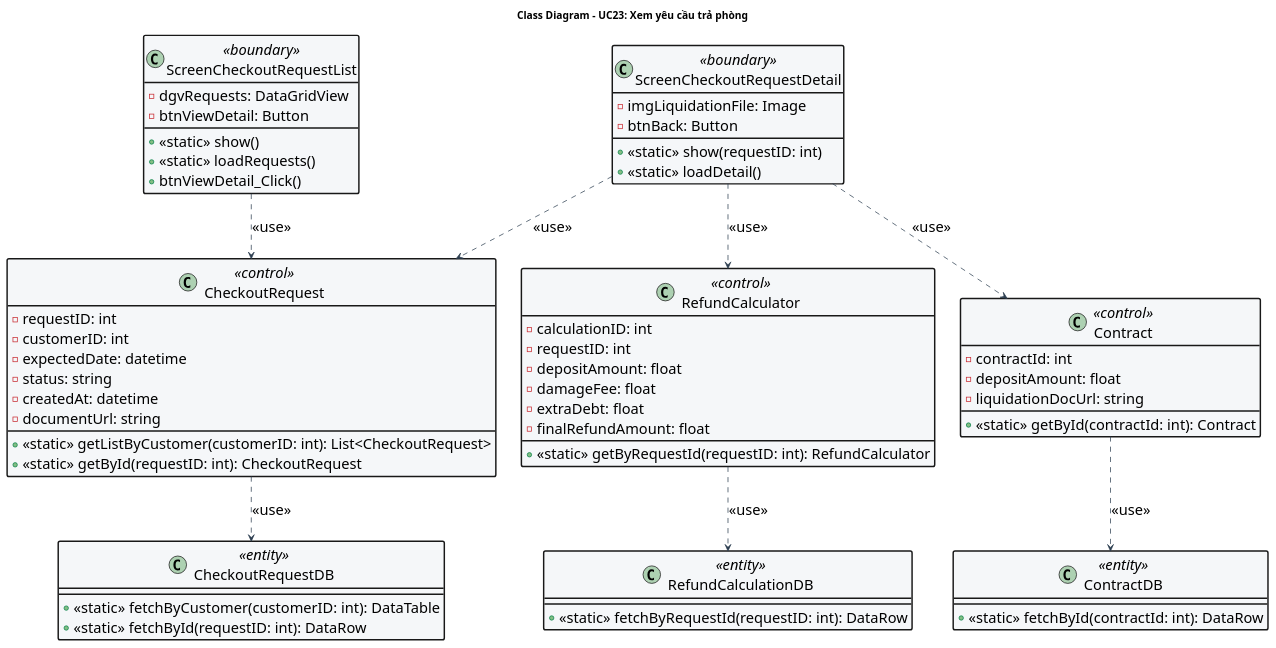
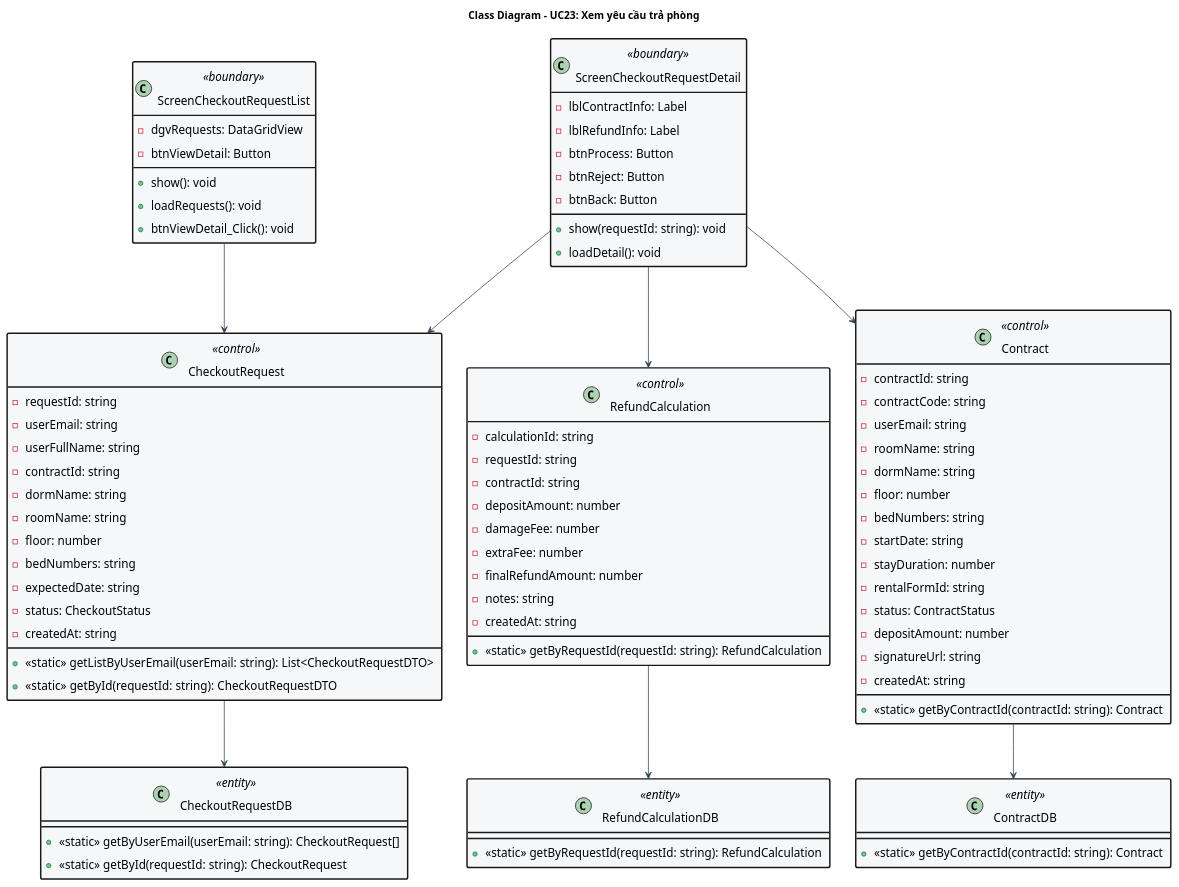
One commit to Gnourt812005/HCMUS-Analyze-and-desgin-IS changed the diagram in doc/system/xem_yeu_cau_tra_phong/XemYeuCauTraPhong_ClassDiagram.wsd. Above: the diagram before and after it, drawn with PlantUML. The commit also changed 9 other files, not shown here.

Commit message:
quangdo/diagrams: reviewed diagrams

```diff
--- a/doc/system/xem_yeu_cau_tra_phong/XemYeuCauTraPhong_ClassDiagram.wsd
+++ b/doc/system/xem_yeu_cau_tra_phong/XemYeuCauTraPhong_ClassDiagram.wsd
@@ -1,85 +1,104 @@
 @startuml XemYeuCauTraPhong_ClassDiagram
 title Class Diagram - UC23: Xem yêu cầu trả phòng
 
-' --- STYLE CONFIGURATION ---
 skinparam {
     BackgroundColor White
     ArrowColor #2D3E50
+    DefaultFontName "Arial"
+    DefaultFontSize 16
     BorderColor #2D3E50
-    DefaultFontName "Arial"
-    DefaultFontSize 20
     ClassBackgroundColor #F5F7F9
     ClassBorderThickness 2
     StereotypeFontColor #2D3E50
+    Padding 5
 }
 
-' --- PRESENTATION LAYER ---
 class ScreenCheckoutRequestList <<boundary>> {
     - dgvRequests: DataGridView
     - btnViewDetail: Button
-    + <<static>> show()
-    + <<static>> loadRequests()
-    + btnViewDetail_Click()
+    + show(): void
+    + loadRequests(): void
+    + btnViewDetail_Click(): void
 }
 
 class ScreenCheckoutRequestDetail <<boundary>> {
-    - imgLiquidationFile: Image
+    - lblContractInfo: Label
+    - lblRefundInfo: Label
+    - btnProcess: Button
+    - btnReject: Button
     - btnBack: Button
-    + <<static>> show(requestID: int)
-    + <<static>> loadDetail()
+    + show(requestId: string): void
+    + loadDetail(): void
 }
 
-' --- BUSINESS LAYER ---
 class CheckoutRequest <<control>> {
-    - requestID: int
-    - customerID: int
-    - expectedDate: datetime
-    - status: string
-    - createdAt: datetime
-    - documentUrl: string
-    + <<static>> getListByCustomer(customerID: int): List<CheckoutRequest>
-    + <<static>> getById(requestID: int): CheckoutRequest
+    - requestId: string
+    - userEmail: string
+    - userFullName: string
+    - contractId: string
+    - dormName: string
+    - roomName: string
+    - floor: number
+    - bedNumbers: string
+    - expectedDate: string
+    - status: CheckoutStatus
+    - createdAt: string
+    + <<static>> getListByUserEmail(userEmail: string): List<CheckoutRequestDTO>
+    + <<static>> getById(requestId: string): CheckoutRequestDTO
 }
 
-class RefundCalculator <<control>> {
-    - calculationID: int
-    - requestID: int
-    - depositAmount: float
-    - damageFee: float
-    - extraDebt: float
-    - finalRefundAmount: float
-    + <<static>> getByRequestId(requestID: int): RefundCalculator
+class RefundCalculation <<control>> {
+    - calculationId: string
+    - requestId: string
+    - contractId: string
+    - depositAmount: number
+    - damageFee: number
+    - extraFee: number
+    - finalRefundAmount: number
+    - notes: string
+    - createdAt: string
+    + <<static>> getByRequestId(requestId: string): RefundCalculation
 }
 
 class Contract <<control>> {
-    - contractId: int
-    - depositAmount: float
-    - liquidationDocUrl: string
-    + <<static>> getById(contractId: int): Contract
+    - contractId: string
+    - contractCode: string
+    - userEmail: string
+    - roomName: string
+    - dormName: string
+    - floor: number
+    - bedNumbers: string
+    - startDate: string
+    - stayDuration: number
+    - rentalFormId: string
+    - status: ContractStatus
+    - depositAmount: number
+    - signatureUrl: string
+    - createdAt: string
+    + <<static>> getByContractId(contractId: string): Contract
 }
 
 ' --- DATABASE LAYER ---
 class CheckoutRequestDB <<entity>> {
-    + <<static>> fetchByCustomer(customerID: int): DataTable
-    + <<static>> fetchById(requestID: int): DataRow
+    + <<static>> getByUserEmail(userEmail: string): CheckoutRequest[]
+    + <<static>> getById(requestId: string): CheckoutRequest
 }
 
 class RefundCalculationDB <<entity>> {
-    + <<static>> fetchByRequestId(requestID: int): DataRow
+    + <<static>> getByRequestId(requestId: string): RefundCalculation
 }
 
 class ContractDB <<entity>> {
-    + <<static>> fetchById(contractId: int): DataRow
+    + <<static>> getByContractId(contractId: string): Contract
 }
 
-' --- RELATIONSHIPS ---
-ScreenCheckoutRequestList ..> CheckoutRequest : "<<use>>"
-ScreenCheckoutRequestDetail ..> CheckoutRequest : "<<use>>"
-ScreenCheckoutRequestDetail ..> Contract : "<<use>>"
-ScreenCheckoutRequestDetail ..> RefundCalculator : "<<use>>"
+ScreenCheckoutRequestList --> CheckoutRequest 
+ScreenCheckoutRequestDetail --> CheckoutRequest 
+ScreenCheckoutRequestDetail --> Contract 
+ScreenCheckoutRequestDetail --> RefundCalculation 
 
-CheckoutRequest ..> CheckoutRequestDB : "<<use>>"
-RefundCalculator ..> RefundCalculationDB : "<<use>>"
-Contract ..> ContractDB : "<<use>>"
+CheckoutRequest --> CheckoutRequestDB 
+RefundCalculation --> RefundCalculationDB 
+Contract --> ContractDB 
 
 @enduml
```
